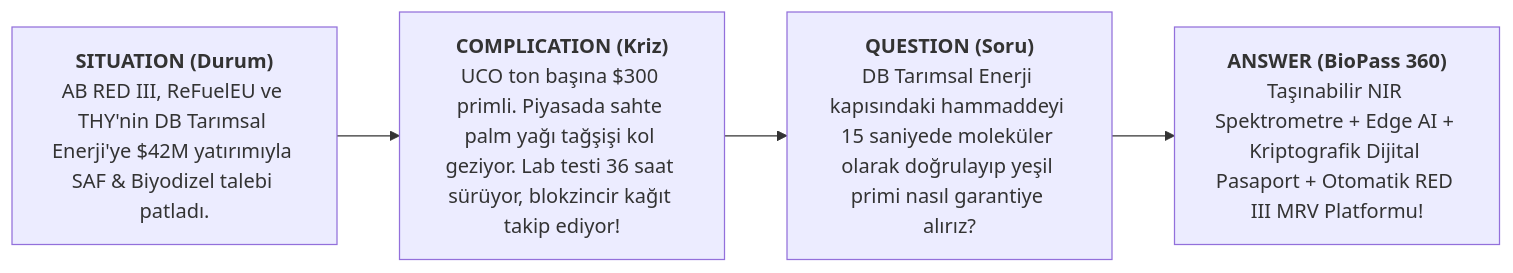
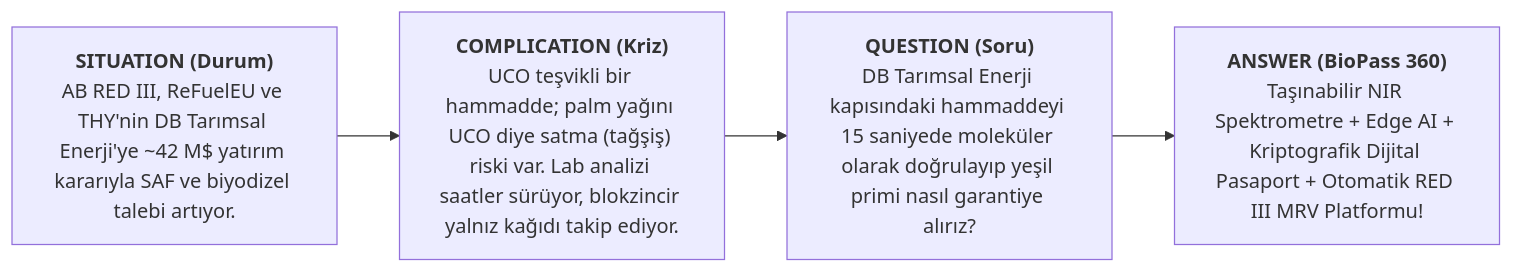
Before and after one commit to cirutsohtorik/biopass360: the first of 4 diagrams in docs/DEKATHON2026_BIOPASS360_PROJE_DOSYASI.md, drawn with Mermaid. The commit also changed other lines of this file and 6 other files, not shown here.

````diff
--- a/docs/DEKATHON2026_BIOPASS360_PROJE_DOSYASI.md
+++ b/docs/DEKATHON2026_BIOPASS360_PROJE_DOSYASI.md
@@ -27,6 +26,6 @@
 ```mermaid
 flowchart LR
-    S["<b>SITUATION (Durum)</b><br/>AB RED III, ReFuelEU ve THY'nin DB Tarımsal Enerji'ye $42M yatırımıyla SAF & Biyodizel talebi patladı."] --> C["<b>COMPLICATION (Kriz)</b><br/>UCO ton başına $300 primli. Piyasada sahte palm yağı tağşişi kol geziyor. Lab testi 36 saat sürüyor, blokzincir kağıt takip ediyor!"]
+    S["<b>SITUATION (Durum)</b><br/>AB RED III, ReFuelEU ve THY'nin DB Tarımsal Enerji'ye ~42 M$ yatırım kararıyla SAF ve biyodizel talebi artıyor."] --> C["<b>COMPLICATION (Kriz)</b><br/>UCO teşvikli bir hammadde; palm yağını UCO diye satma (tağşiş) riski var. Lab analizi saatler sürüyor, blokzincir yalnız kağıdı takip ediyor."]
     C --> Q["<b>QUESTION (Soru)</b><br/>DB Tarımsal Enerji kapısındaki hammaddeyi 15 saniyede moleküler olarak doğrulayıp yeşil primi nasıl garantiye alırız?"]
     Q --> A["<b>ANSWER (BioPass 360)</b><br/>Taşınabilir NIR Spektrometre + Edge AI + Kriptografik Dijital Pasaport + Otomatik RED III MRV Platformu!"]
 ```
````
